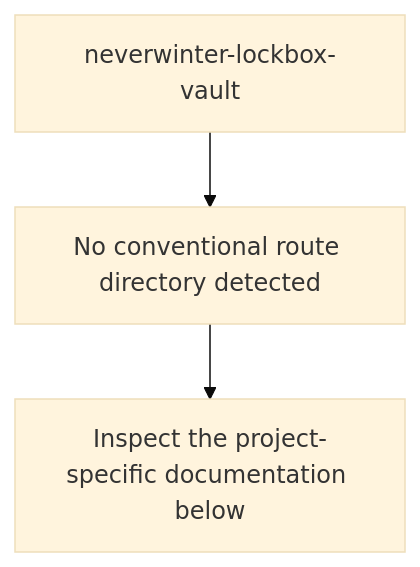
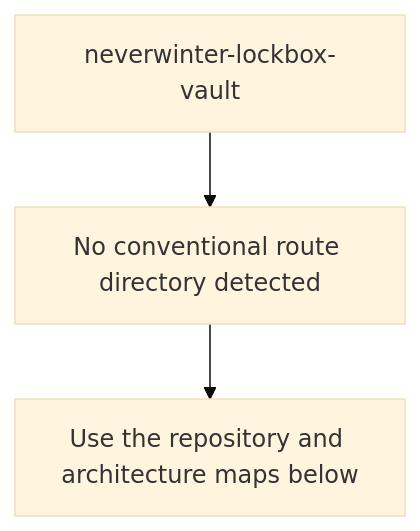
Before and after one commit to Nischhalsubba/neverwinter-lockbox-vault: the second of 5 diagrams in README.md, drawn with Mermaid (base theme). The commit also changed other lines of this file, not shown here.

````diff
--- a/README.md
+++ b/README.md
@@ -34,6 +66,6 @@
 ```mermaid
 flowchart TD
     APP["neverwinter-lockbox-vault"]
     APP --> SOURCE["No conventional route directory detected"]
-    SOURCE --> VERIFY["Inspect the project-specific documentation below"]
+    SOURCE --> GUIDE["Use the repository and architecture maps below"]
 ```
````
